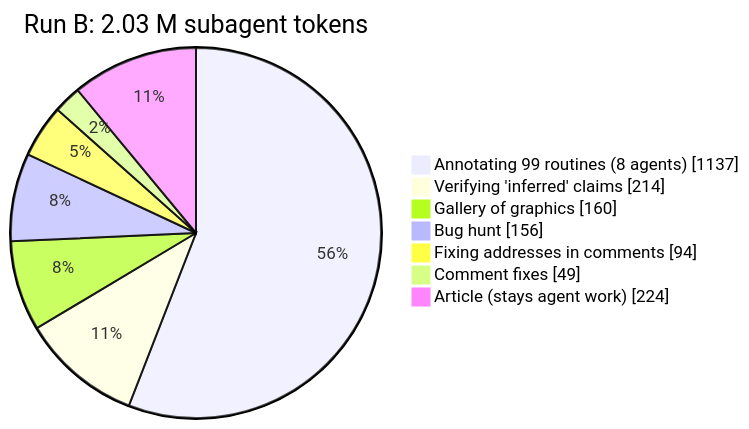
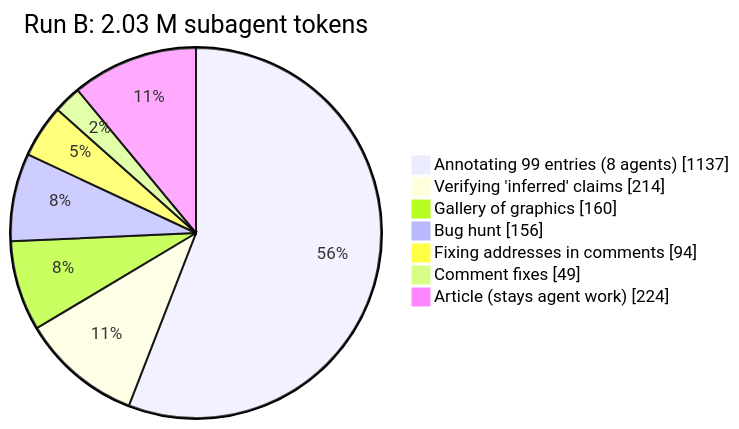
The first of 5 diagrams in docs/inprogress/2026-10-24-analysis-layers/README.md (alfishe/unreal-ng), drawn with Mermaid before and after one commit. The commit also changed other lines of this file and 16 other files, not shown here.

````diff
--- a/docs/inprogress/2026-10-24-analysis-layers/README.md
+++ b/docs/inprogress/2026-10-24-analysis-layers/README.md
@@ -16,10 +16,10 @@
 ```mermaid
 pie showData title Run B: 2.03 M subagent tokens
-    "Annotating 99 routines (8 agents)" : 1137
+    "Annotating 99 entries (8 agents)" : 1137
     "Verifying 'inferred' claims" : 214
     "Gallery of graphics" : 160
     "Bug hunt" : 156
     "Fixing addresses in comments" : 94
     "Comment fixes" : 49
     "Article (stays agent work)" : 224
 ```
````
